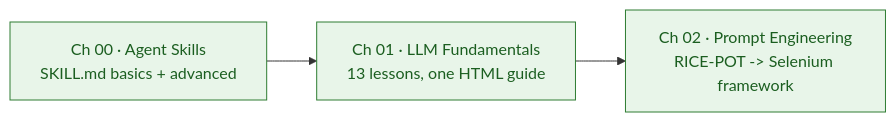
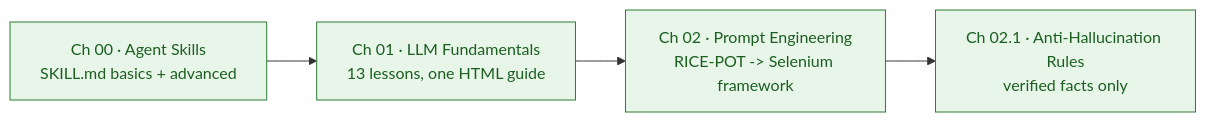
One commit to PramodDutta/AITesterBlueprint5x changed the first of 5 diagrams in README.md. Above: the diagram before and after it, drawn with Mermaid. The commit also changed other lines of this file and 1 other file, not shown here.

First line of the commit message:
feat: add anti-hallucination rules to chapter 02

````diff
--- a/README.md
+++ b/README.md
@@ -23,8 +24,9 @@
 ```mermaid
 flowchart LR
     C0["Ch 00 · Agent Skills<br/>SKILL.md basics + advanced"] --> C1["Ch 01 · LLM Fundamentals<br/>13 lessons, one HTML guide"]
     C1 --> C2["Ch 02 · Prompt Engineering<br/>RICE-POT -> Selenium framework"]
+    C2 --> C21["Ch 02.1 · Anti-Hallucination Rules<br/>verified facts only"]
 
     classDef done fill:#e8f5e9,stroke:#2e7d32,color:#1b5e20
-    class C0,C1,C2 done
+    class C0,C1,C2,C21 done
 ```
````
